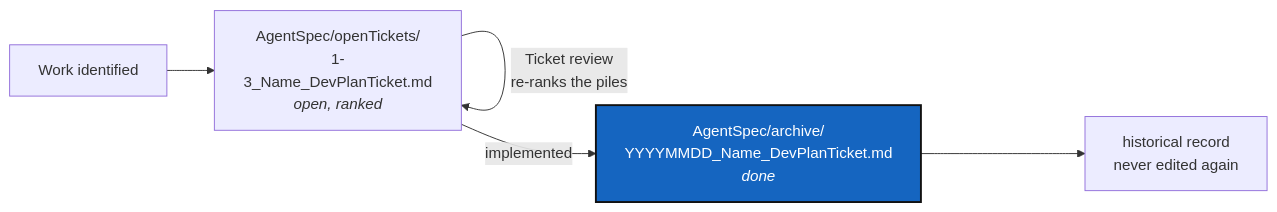
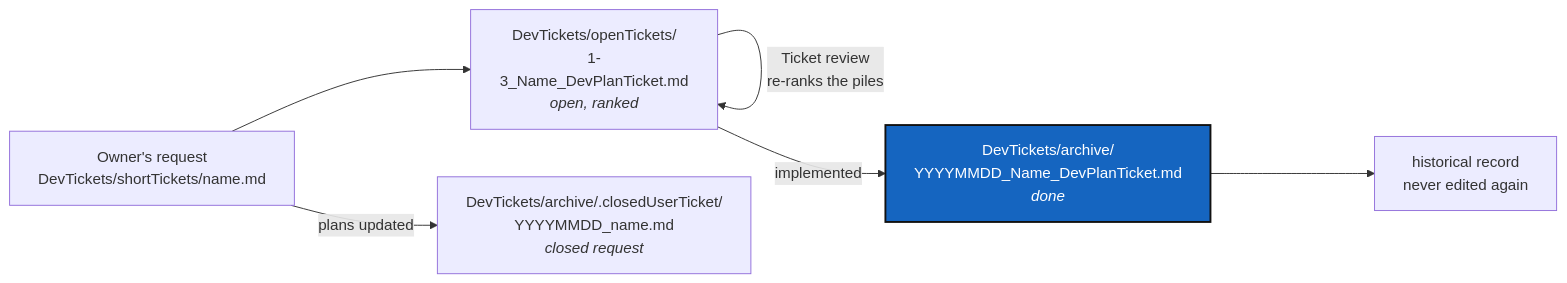
Before and after one commit to flipoyo/.agentSpec: the diagram in TICKETLIFECYCLE.md, drawn with Mermaid. The commit also changed other lines of this file and 1 other file, not shown here.

Commit message:
.agentSpec holds the all development process of a project. It is Project agnostique. Just add it in .cgs as a private/distant (read-only) GitRepo to orchestrate a Project Dev

````diff
--- a/TICKETLIFECYCLE.md
+++ b/TICKETLIFECYCLE.md
@@ -39,10 +41,11 @@
 ```mermaid
 graph LR
-    W["Work identified"] --> A["AgentSpec/openTickets/<br/>1-3_Name_DevPlanTicket.md<br/><i>open, ranked</i>"]
+    W["Owner's request<br/>DevTickets/shortTickets/name.md"] --> A["DevTickets/openTickets/<br/>1-3_Name_DevPlanTicket.md<br/><i>open, ranked</i>"]
+    W -->|"plans updated"| CU["DevTickets/archive/.closedUserTicket/<br/>YYYYMMDD_name.md<br/><i>closed request</i>"]
     A -->|"Ticket review<br/>re-ranks the piles"| A
-    A -->|implemented| S["AgentSpec/archive/<br/>YYYYMMDD_Name_DevPlanTicket.md<br/><i>done</i>"]
+    A -->|implemented| S["DevTickets/archive/<br/>YYYYMMDD_Name_DevPlanTicket.md<br/><i>done</i>"]
     S --> H["historical record<br/>never edited again"]
 
     classDef here fill:#1565C0,color:#fff,stroke:#111,stroke-width:2px;
     class S here;
 ```
````
